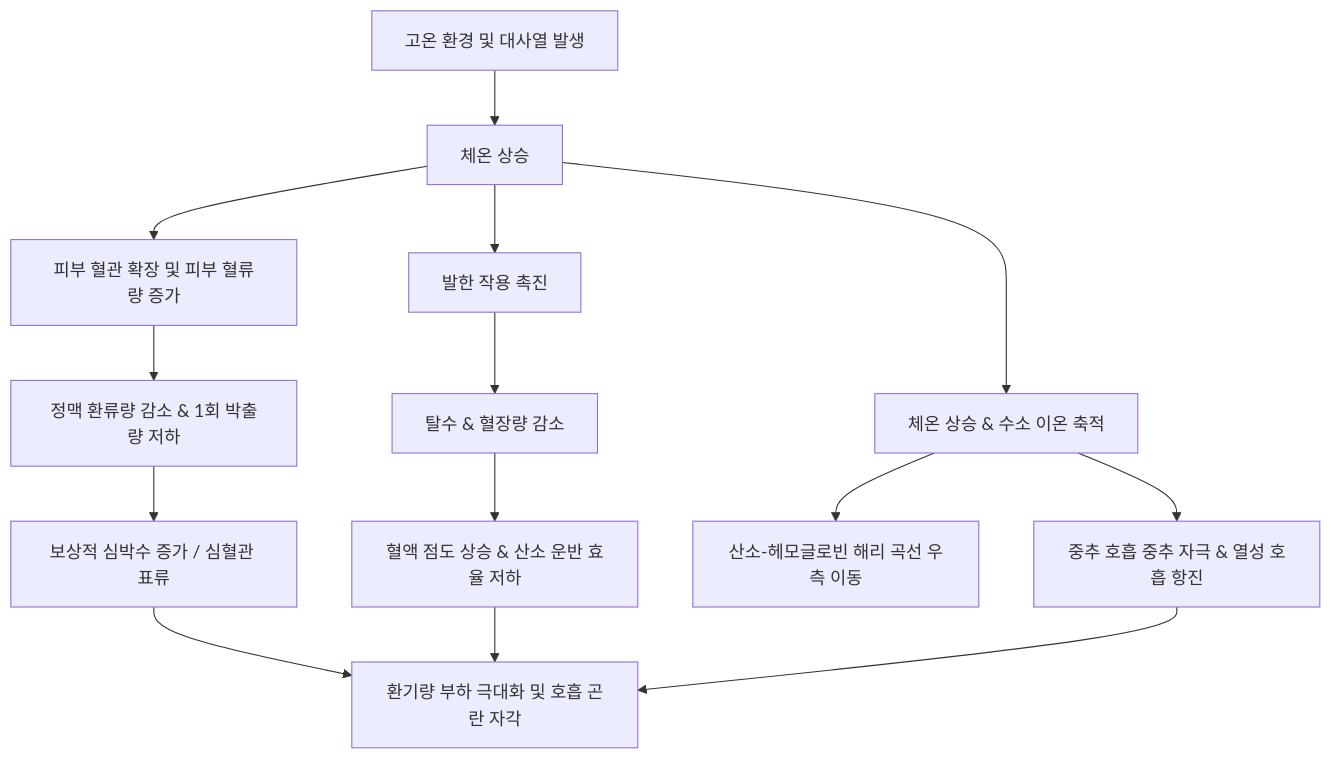
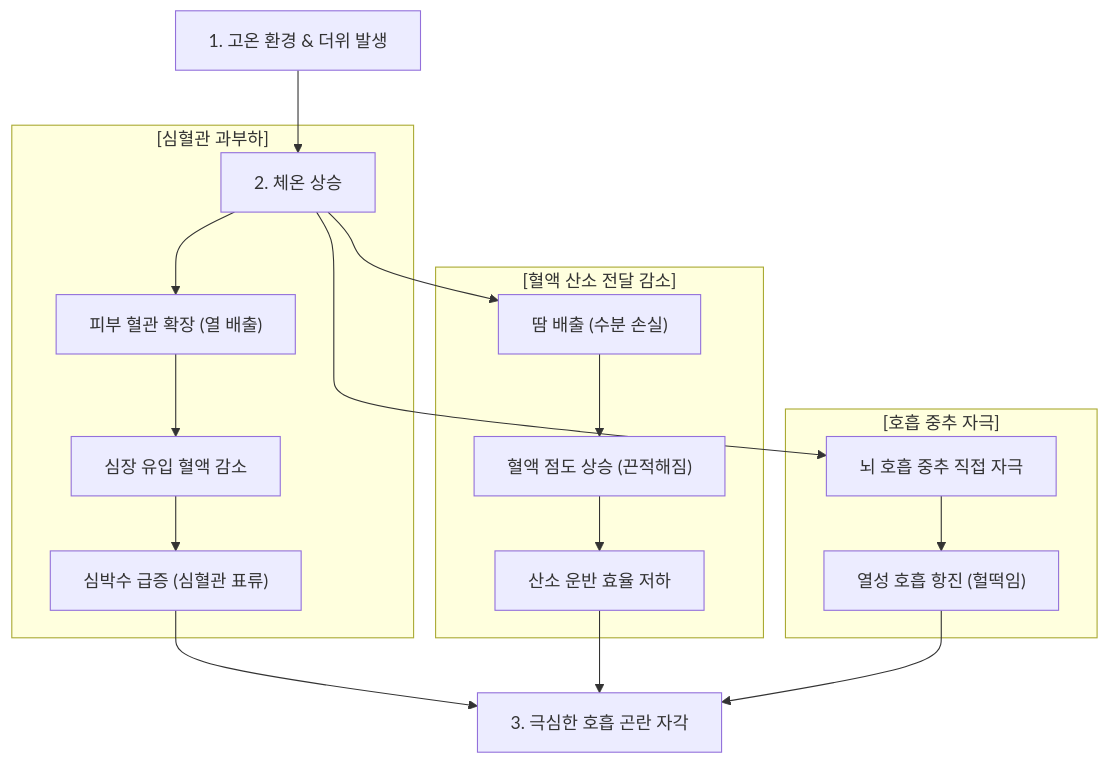
One commit to ethanpark0726/blog_automation changed the diagram in _posts/ko/2026-07-10-더우면 왜 더 숨이 찰까 고온 환경 운동 시 호흡 곤란의 생리학적 원인과 대처법.md. Above: the diagram before and after it, drawn with Mermaid. The commit also changed other lines of this file and 2 other files, not shown here.

````diff
--- a/_posts/ko/2026-07-10-더우면 왜 더 숨이 찰까 고온 환경 운동 시 호흡 곤란의 생리학적 원인과 대처법.md
+++ b/_posts/ko/2026-07-10-더우면 왜 더 숨이 찰까 고온 환경 운동 시 호흡 곤란의 생리학적 원인과 대처법.md
@@ -70,17 +64,23 @@
 ```mermaid
-graph TD
-    A[고온 환경 및 대사열 발생] --> B[체온 상승]
-    B --> C[피부 혈관 확장 및 피부 혈류량 증가]
-    C --> D[정맥 환류량 감소 & 1회 박출량 저하]
-    D --> E[보상적 심박수 증가 / 심혈관 표류]
+flowchart TD
+    A["1. 고온 환경 & 더위 발생"] --> B["2. 체온 상승"]
+    
+    subgraph C["[심혈관 과부하]"]
+        B --> C1["피부 혈관 확장 (열 배출)"]
+        C1 --> C2["심장 유입 혈액 감소"]
+        C2 --> C3["심박수 급증 (심혈관 표류)"]
+    end
 
-    B --> F[발한 작용 촉진]
-    F --> G[탈수 & 혈장량 감소]
-    G --> H[혈액 점도 상승 & 산소 운반 효율 저하]
+    subgraph D["[혈액 산소 전달 감소]"]
+        B --> D1["땀 배출 (수분 손실)"]
+        D1 --> D2["혈액 점도 상승 (끈적해짐)"]
+        D2 --> D3["산소 운반 효율 저하"]
+    end
 
-    B --> I[체온 상승 & 수소 이온 축적]
-    I --> J[산소-헤모글로빈 해리 곡선 우측 이동]
-    I --> K[중추 호흡 중추 자극 & 열성 호흡 항진]
+    subgraph E["[호흡 중추 자극]"]
+        B --> E1["뇌 호흡 중추 직접 자극"]
+        E1 --> E2["열성 호흡 항진 (헐떡임)"]
+    end
 
-    E & H & K --> L[환기량 부하 극대화 및 호흡 곤란 자각]
+    C3 & D3 & E2 --> F["3. 극심한 호흡 곤란 자각"]
 ```
````
